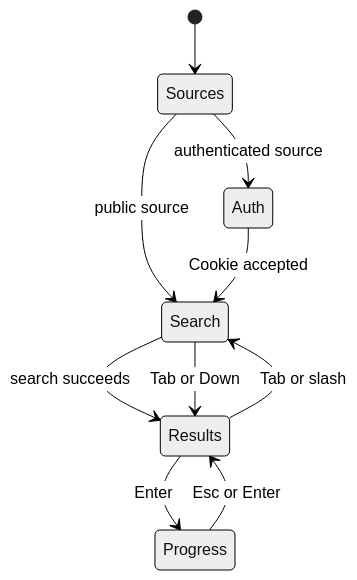
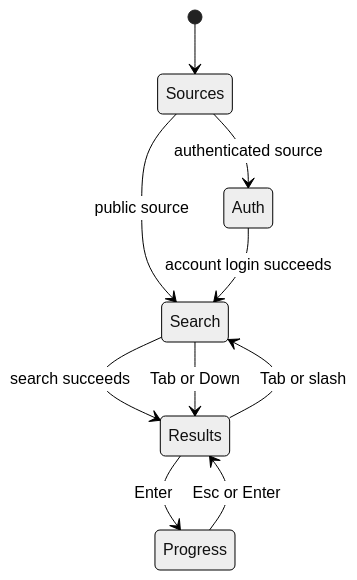
Before and after one commit to Eurekaimer/yuri_scraper: the second of 2 diagrams in ARCHITECTURE.md, drawn with Mermaid (neutral theme). The commit also changed other lines of this file and 17 other files, not shown here.

Commit message:
feat: add Yamibo account password login

````diff
--- a/ARCHITECTURE.md
+++ b/ARCHITECTURE.md
@@ -84,12 +85,12 @@
 ```mermaid
 stateDiagram-v2
     [*] --> Sources
     Sources --> Auth: authenticated source
     Sources --> Search: public source
-    Auth --> Search: Cookie accepted
+    Auth --> Search: account login succeeds
     Search --> Results: search succeeds
     Results --> Progress: Enter
     Progress --> Results: Esc or Enter
     Results --> Search: Tab or slash
     Search --> Results: Tab or Down
 ```
````
